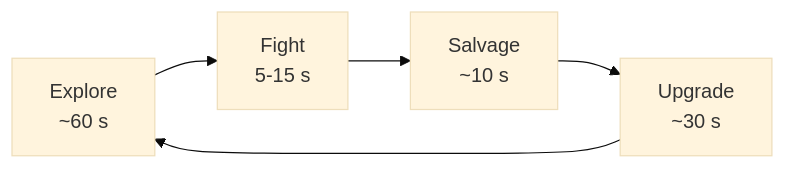
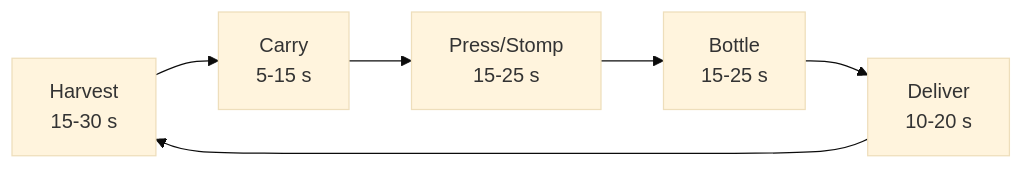
One commit to Svemeh/imt3603 changed the diagram in GDD.md. Above: the diagram before and after it, drawn with Mermaid (base theme). The commit also changed other lines of this file, not shown here.

Commit message:
docs: 1.3 core lopp, moment loop done

````diff
--- a/GDD.md
+++ b/GDD.md
@@ -47,4 +47,4 @@
 ```mermaid
 flowchart LR
-    A[Explore<br/>~60 s] --> B[Fight<br/>5-15 s] --> C[Salvage<br/>~10 s] --> D[Upgrade<br/>~30 s] --> A
+    A[Harvest<br/>15-30 s] --> B[Carry<br/>5-15 s] --> C[Press/Stomp<br/>15-25 s] --> D[Bottle<br/>15-25 s] --> E[Deliver<br/>10-20 s] --> A
 ```
````
